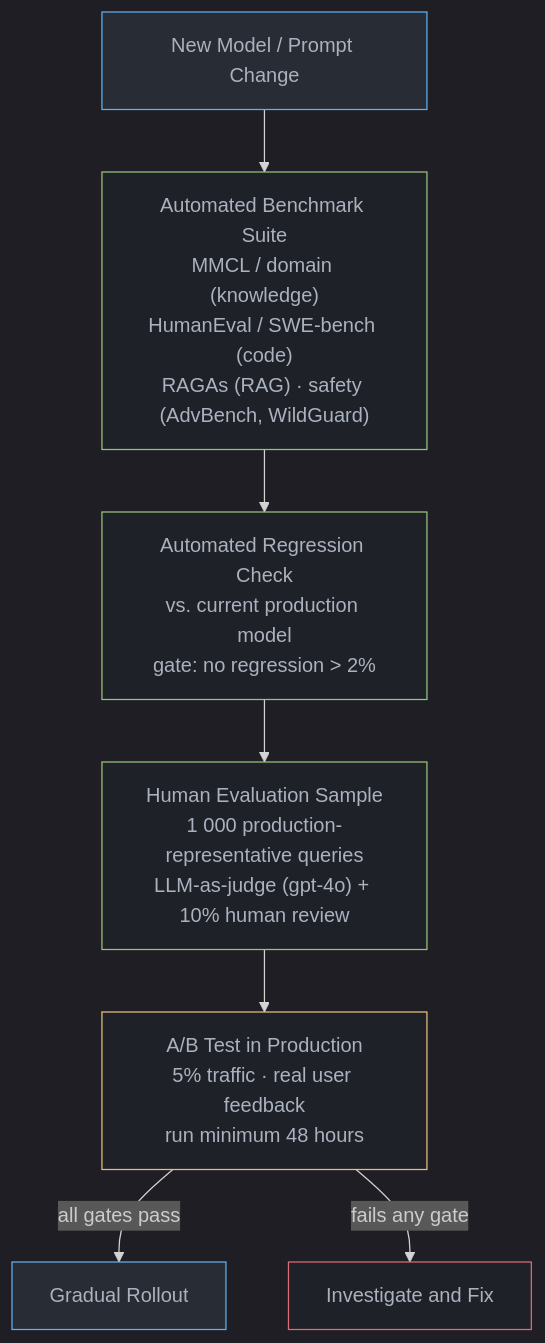
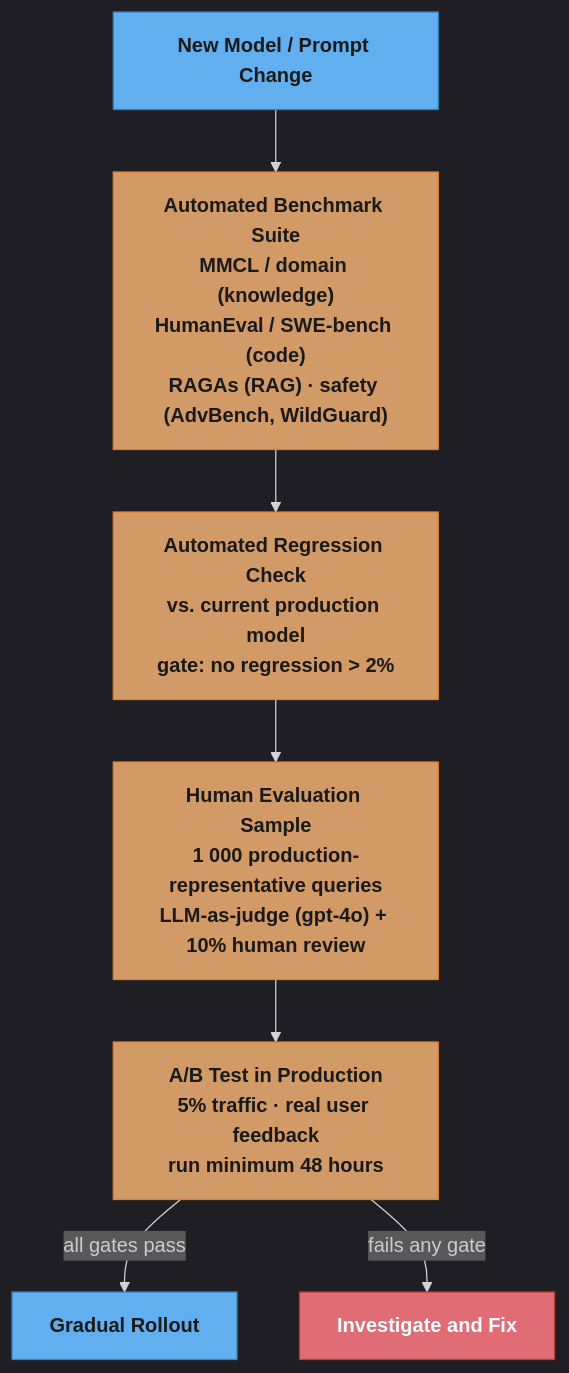
One commit to rppol/system-design changed the diagram in src/main/java/com/rutik/systemdesign/llm/evaluation_and_benchmarks/README.md. Above: the diagram before and after it, drawn with Mermaid. The commit also changed 88 other files, not shown here.

````diff
--- a/src/main/java/com/rutik/systemdesign/llm/evaluation_and_benchmarks/README.md
+++ b/src/main/java/com/rutik/systemdesign/llm/evaluation_and_benchmarks/README.md
@@ -228,26 +228,27 @@
 ```mermaid
 %%{init: {'flowchart': {'curve': 'basis'}, 'theme': 'dark'}}%%
 flowchart TD
-    classDef io     fill:#282c34,stroke:#61afef,color:#abb2bf
-    classDef proc   fill:#1e2127,stroke:#98c379,color:#abb2bf
-    classDef decide fill:#1e2127,stroke:#e5c07b,color:#abb2bf
-    classDef warn   fill:#1e2127,stroke:#e06c75,color:#abb2bf
+    classDef io      fill:#61afef,stroke:#2e86c1,color:#1a1a1a,font-weight:bold
+    classDef frozen  fill:#c678dd,stroke:#9b59b6,color:#fff
+    classDef train   fill:#98c379,stroke:#27ae60,color:#1a1a1a
+    classDef mathOp  fill:#d19a66,stroke:#e67e22,color:#1a1a1a,font-weight:bold
+    classDef lossN   fill:#e06c75,stroke:#c0392b,color:#fff,font-weight:bold
+    classDef req     fill:#56b6c2,stroke:#0097a7,color:#1a1a1a
+    classDef base    fill:#e5c07b,stroke:#f39c12,color:#1a1a1a
 
     NEW["New Model / Prompt Change"]
     BENCH["Automated Benchmark Suite\nMMCL / domain (knowledge)\nHumanEval / SWE-bench (code)\nRAGAs (RAG) · safety (AdvBench, WildGuard)"]
     REG["Automated Regression Check\nvs. current production model\ngate: no regression > 2%"]
     HUM["Human Evaluation Sample\n1 000 production-representative queries\nLLM-as-judge (gpt-4o) + 10% human review"]
     AB["A/B Test in Production\n5% traffic · real user feedback\nrun minimum 48 hours"]
     PASS["Gradual Rollout"]
     FAIL["Investigate and Fix"]
 
     NEW --> BENCH --> REG --> HUM --> AB
     AB -->|"all gates pass"| PASS
     AB -->|"fails any gate"| FAIL
 
-    class NEW io
-    class BENCH,REG,HUM proc
-    class AB decide
-    class PASS io
-    class FAIL warn
+    class NEW,PASS io
+    class BENCH,REG,HUM,AB mathOp
+    class FAIL lossN
 ```
````
